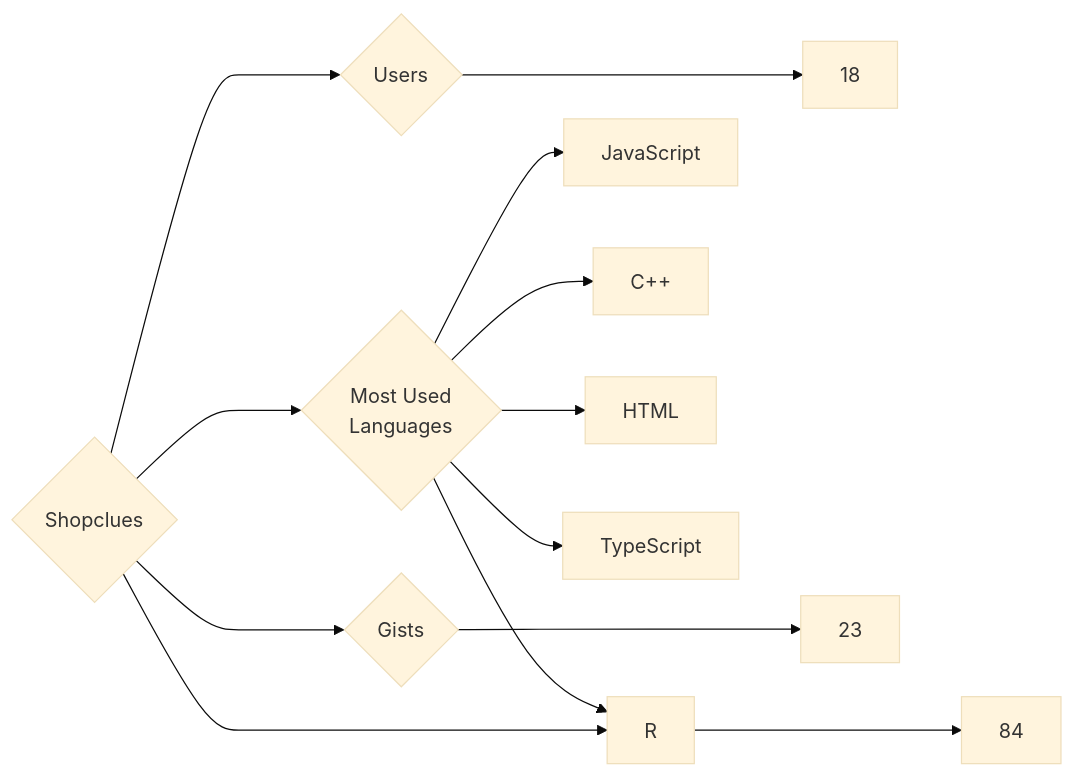
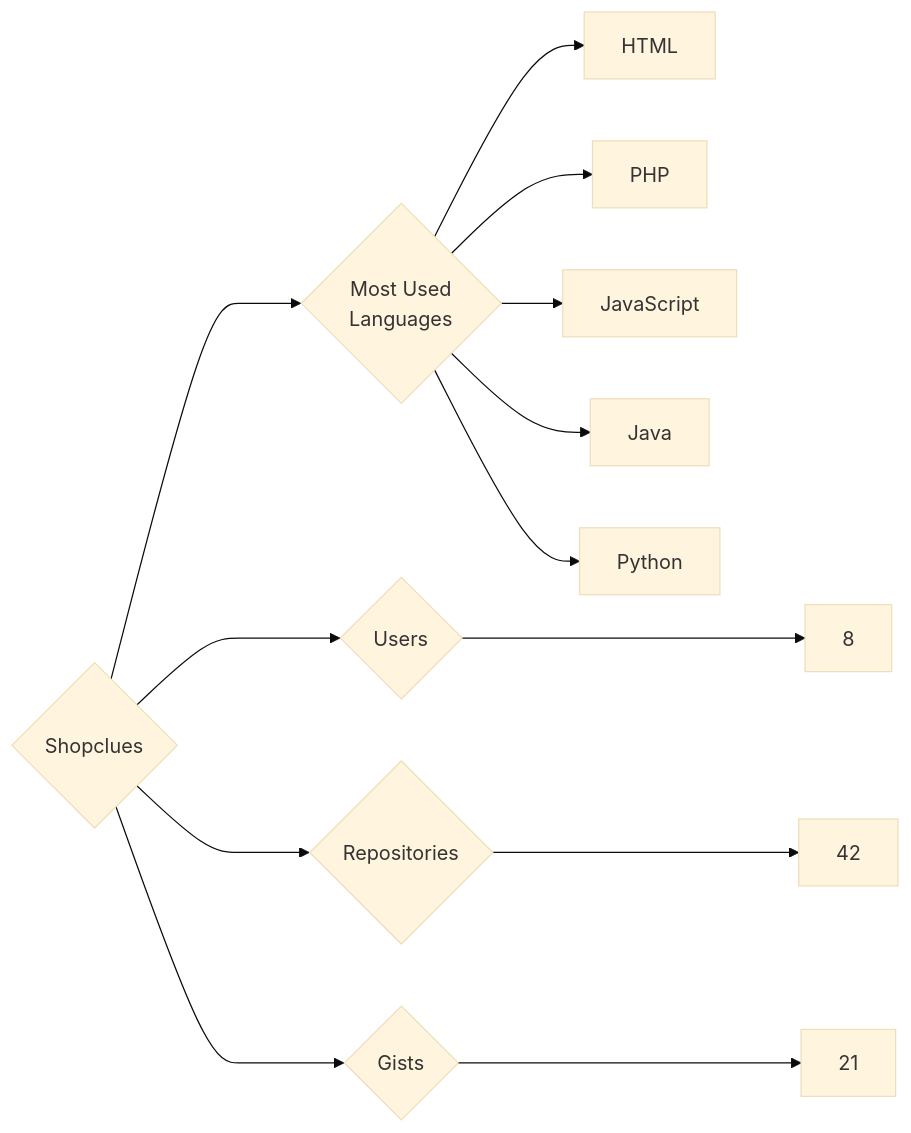
The diagram in targets/Shopclues/README.md (trickest/insiders), drawn with Mermaid (base theme) before and after one commit. The commit also changed 972 other files, not shown here.

````diff
--- a/targets/Shopclues/README.md
+++ b/targets/Shopclues/README.md
@@ -3,13 +3,13 @@
 ```mermaid
 graph LR
 COMPANY_NAME{Shopclues}
-COMPANY_NAME ---> U{Users} ---> UN[18]
-COMPANY_NAME ---> R{Repositories} ---> RN[84]
-COMPANY_NAME ---> G{Gists} ---> GN[23]
+COMPANY_NAME ---> U{Users} ---> UN[8]
+COMPANY_NAME ---> R{Repositories} ---> RN[42]
+COMPANY_NAME ---> G{Gists} ---> GN[21]
 COMPANY_NAME ---> ML{Most Used<br>Languages}
+ML --> HTML[HTML]
+ML --> PHP[PHP]
 ML --> JavaScript[JavaScript]
-ML --> C++[C++]
-ML --> HTML[HTML]
-ML --> TypeScript[TypeScript]
-ML --> R[R]
+ML --> Java[Java]
+ML --> Python[Python]
 ```
````
